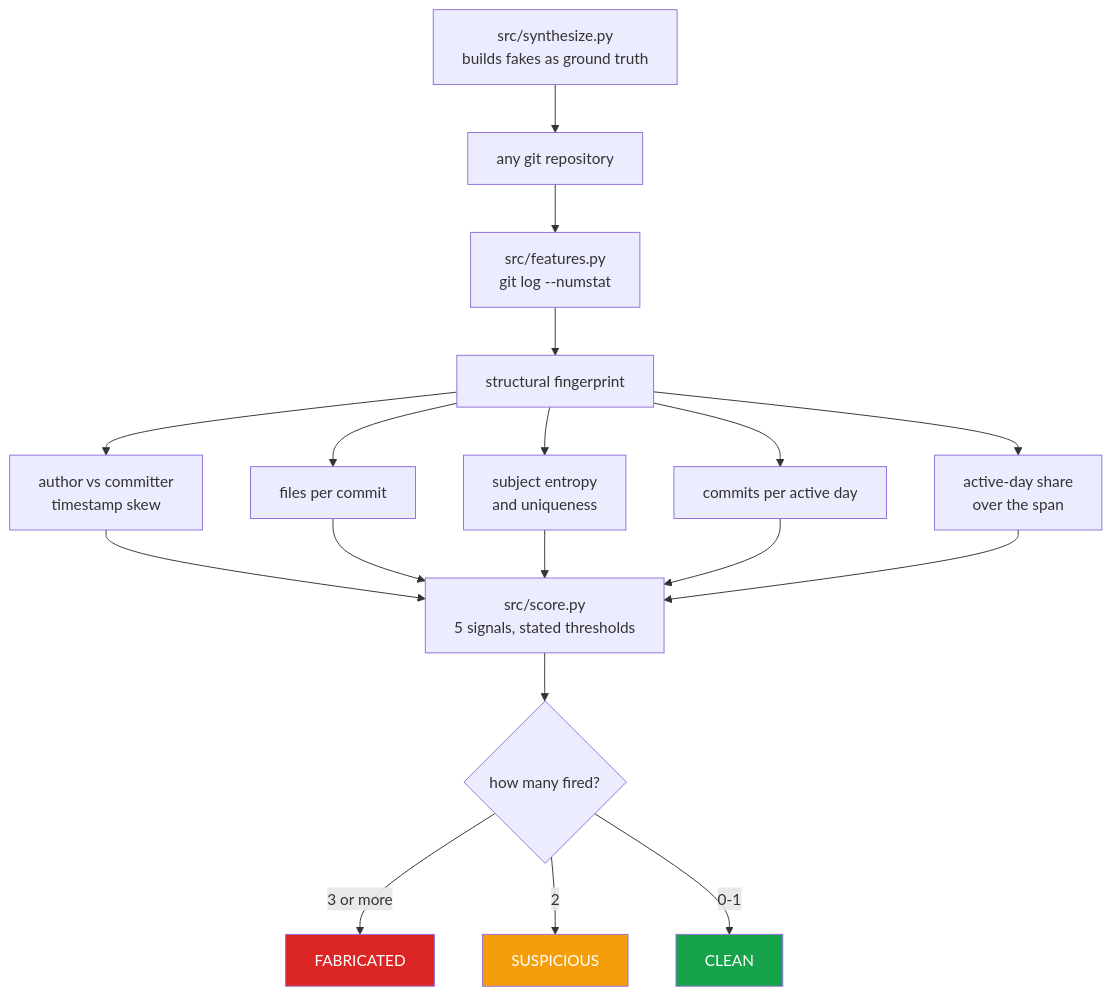
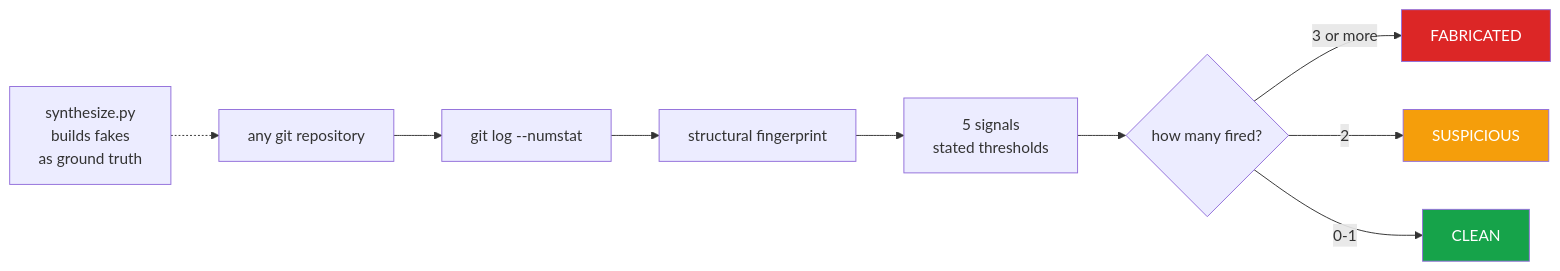
The diagram in README.md (hammas159/commit-history-forensics), drawn with Mermaid before and after one commit. The commit also changed other lines of this file and 5 other files, not shown here.

````diff
--- a/README.md
+++ b/README.md
@@ -105,23 +61,15 @@
 ```mermaid
-flowchart TD
-    A["any git repository"] --> B["src/features.py<br/>git log --numstat"]
+flowchart LR
+    A["any git repository"] --> B["git log --numstat"]
     B --> C["structural fingerprint"]
-    C --> D1["author vs committer<br/>timestamp skew"]
-    C --> D2["files per commit"]
-    C --> D3["subject entropy<br/>and uniqueness"]
-    C --> D4["commits per active day"]
-    C --> D5["active-day share<br/>over the span"]
-    D1 --> E["src/score.py<br/>5 signals, stated thresholds"]
-    D2 --> E
-    D3 --> E
-    D4 --> E
-    D5 --> E
-    E --> F{"how many fired?"}
-    F -->|"3 or more"| G["FABRICATED"]
-    F -->|"2"| H["SUSPICIOUS"]
-    F -->|"0-1"| I["CLEAN"]
-    S["src/synthesize.py<br/>builds fakes as ground truth"] --> A
-    style G fill:#dc2626,color:#fff
-    style H fill:#f59e0b,color:#fff
-    style I fill:#16a34a,color:#fff
+    C --> D["5 signals<br/>stated thresholds"]
+    D --> E{"how many fired?"}
+    E -->|"3 or more"| F["FABRICATED"]
+    E -->|"2"| G["SUSPICIOUS"]
+    E -->|"0-1"| H["CLEAN"]
+    S["synthesize.py<br/>builds fakes<br/>as ground truth"] -.-> A
+
+    style F fill:#dc2626,color:#fff
+    style G fill:#f59e0b,color:#fff
+    style H fill:#16a34a,color:#fff
 ```
````
